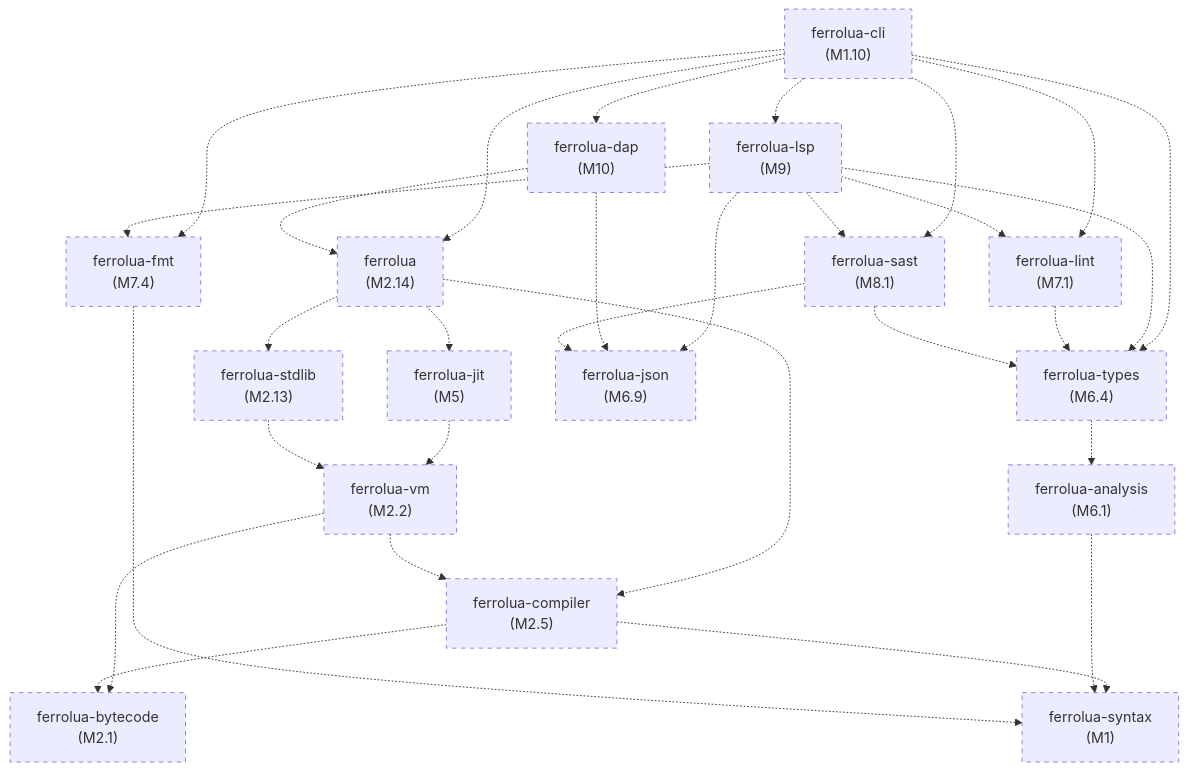
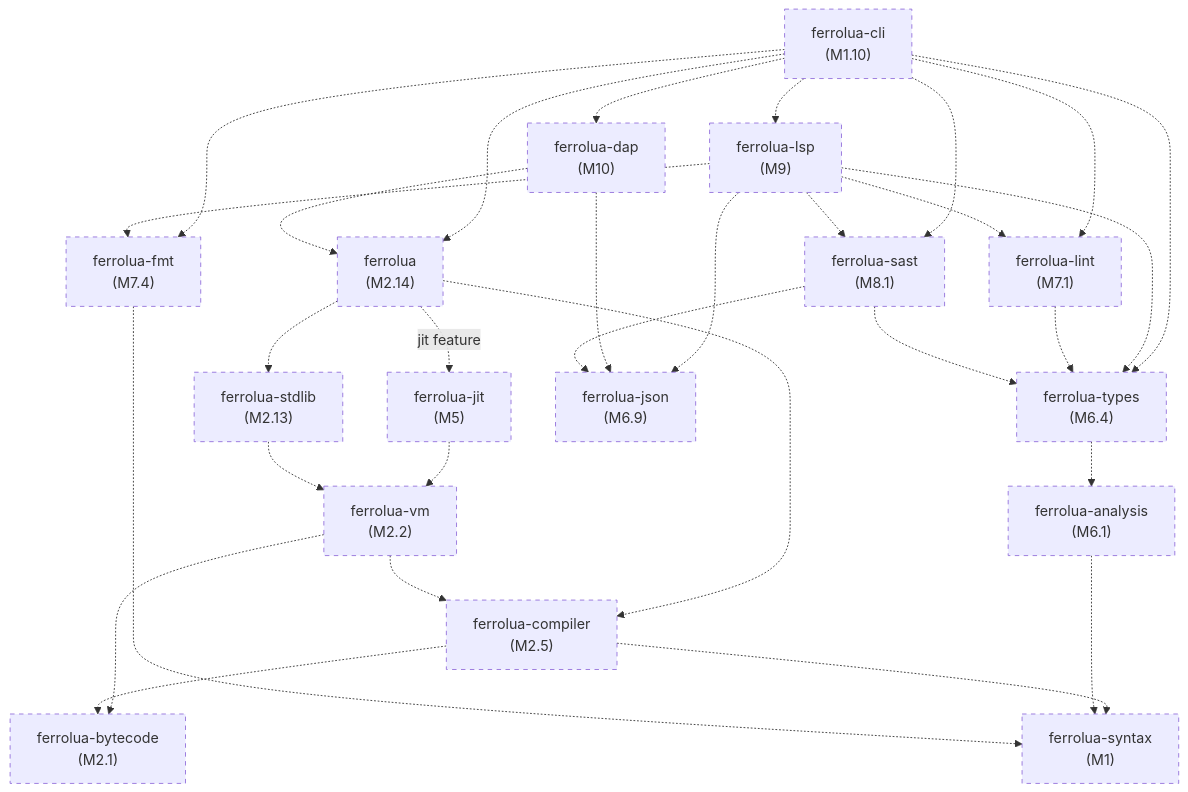
Before and after one commit to jabbott-iii/Ferrolua: the diagram in docs/01-architecture.md, drawn with Mermaid. The commit also changed other lines of this file and 5 other files, not shown here.

````diff
--- a/docs/01-architecture.md
+++ b/docs/01-architecture.md
@@ -80,51 +83,51 @@
 ```mermaid
 flowchart TB
   classDef planned stroke-dasharray: 5 5
 
   cli["ferrolua-cli<br/>(M1.10)"]:::planned
   lsp["ferrolua-lsp<br/>(M9)"]:::planned
   dap["ferrolua-dap<br/>(M10)"]:::planned
   api["ferrolua<br/>(M2.14)"]:::planned
   lint["ferrolua-lint<br/>(M7.1)"]:::planned
   sast["ferrolua-sast<br/>(M8.1)"]:::planned
   fmt["ferrolua-fmt<br/>(M7.4)"]:::planned
   types["ferrolua-types<br/>(M6.4)"]:::planned
   analysis["ferrolua-analysis<br/>(M6.1)"]:::planned
   jit["ferrolua-jit<br/>(M5)"]:::planned
   stdlib["ferrolua-stdlib<br/>(M2.13)"]:::planned
   vm["ferrolua-vm<br/>(M2.2)"]:::planned
   compiler["ferrolua-compiler<br/>(M2.5)"]:::planned
   bytecode["ferrolua-bytecode<br/>(M2.1)"]:::planned
   syntax["ferrolua-syntax<br/>(M1)"]:::planned
   json["ferrolua-json<br/>(M6.9)"]:::planned
 
   cli -.-> api
   cli -.-> lsp
   cli -.-> dap
   cli -.-> lint
   cli -.-> sast
   cli -.-> fmt
   cli -.-> types
   lsp -.-> types
   lsp -.-> lint
   lsp -.-> sast
   lsp -.-> fmt
   lsp -.-> json
   dap -.-> api
   dap -.-> json
-  api -.-> jit
+  api -. jit feature .-> jit
   api -.-> stdlib
   api -.-> compiler
   jit -.-> vm
   stdlib -.-> vm
   vm -.-> compiler
   vm -.-> bytecode
   compiler -.-> syntax
   compiler -.-> bytecode
   lint -.-> types
   sast -.-> types
   sast -.-> json
   types -.-> analysis
   analysis -.-> syntax
   fmt -.-> syntax
 ```
````
